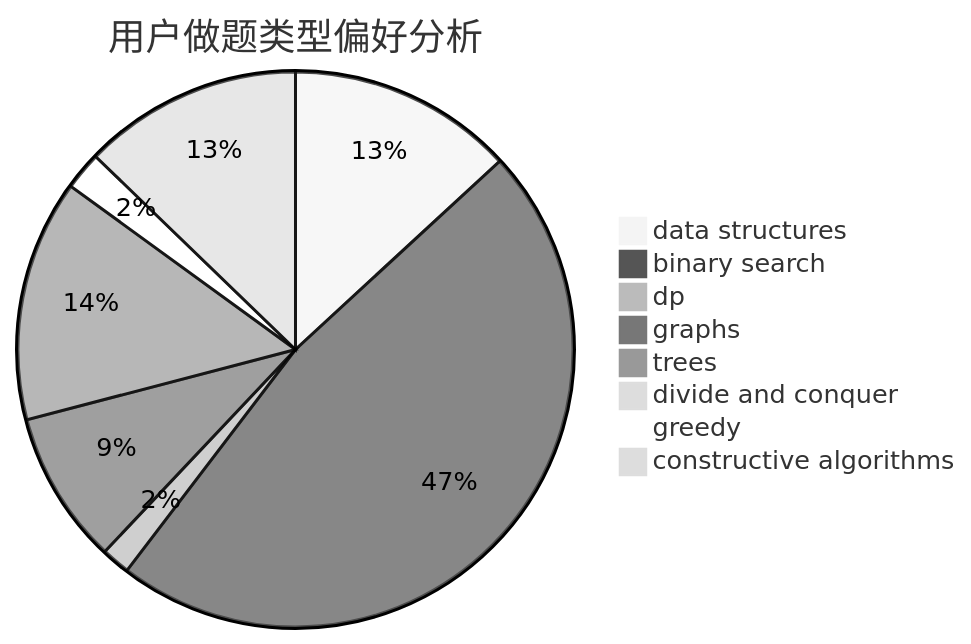
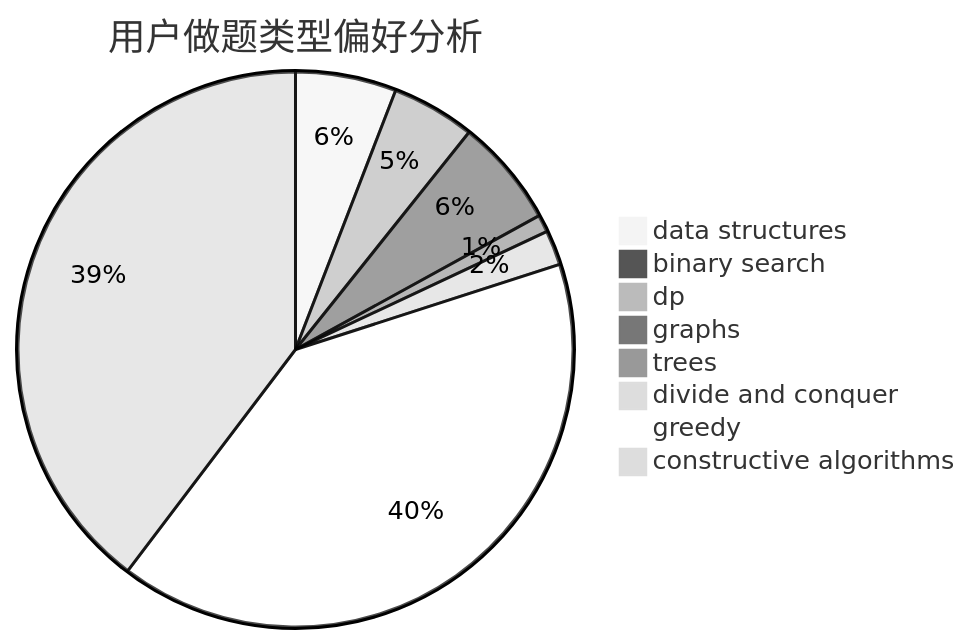
One commit to sherpahu/cfrs.github.io changed the second of 3 diagrams in docs/user/u1285.md. Above: the diagram before and after it, drawn with Mermaid (neutral theme). The commit also changed other lines of this file and 2770 other files, not shown here.

````diff
--- a/docs/user/u1285.md
+++ b/docs/user/u1285.md
@@ -23,11 +23,11 @@
 ```mermaid
 pie title 用户做题类型偏好分析
-    "data structures" :  71
-    "binary search" :  255
-    "dp" :  9
-    "graphs" :  48
-    "trees" :  76
-    "divide and conquer" :  0
-    "greedy" :  12
-    "constructive algorithms" :  69
+    "data structures" :  29
+    "binary search" :  4
+    "dp" :  24
+    "graphs" :  31
+    "trees" :  5
+    "divide and conquer" :  10
+    "greedy" :  199
+    "constructive algorithms" :  196
 ```
````
